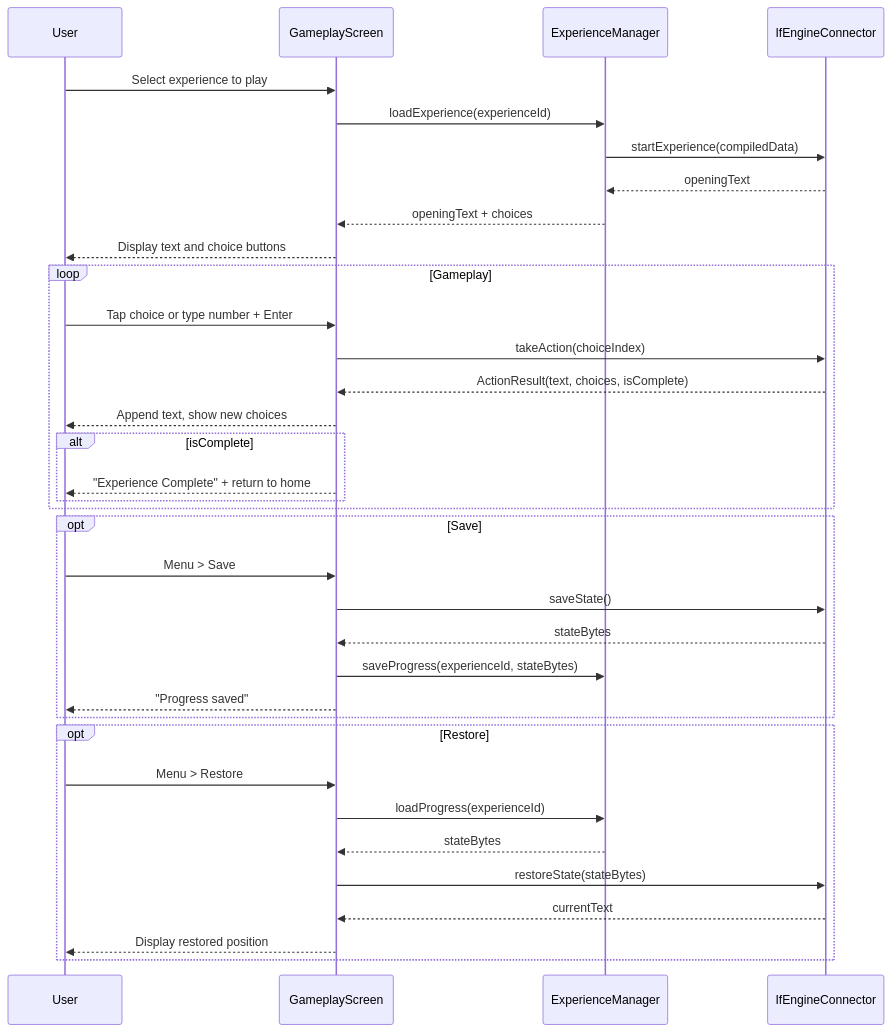
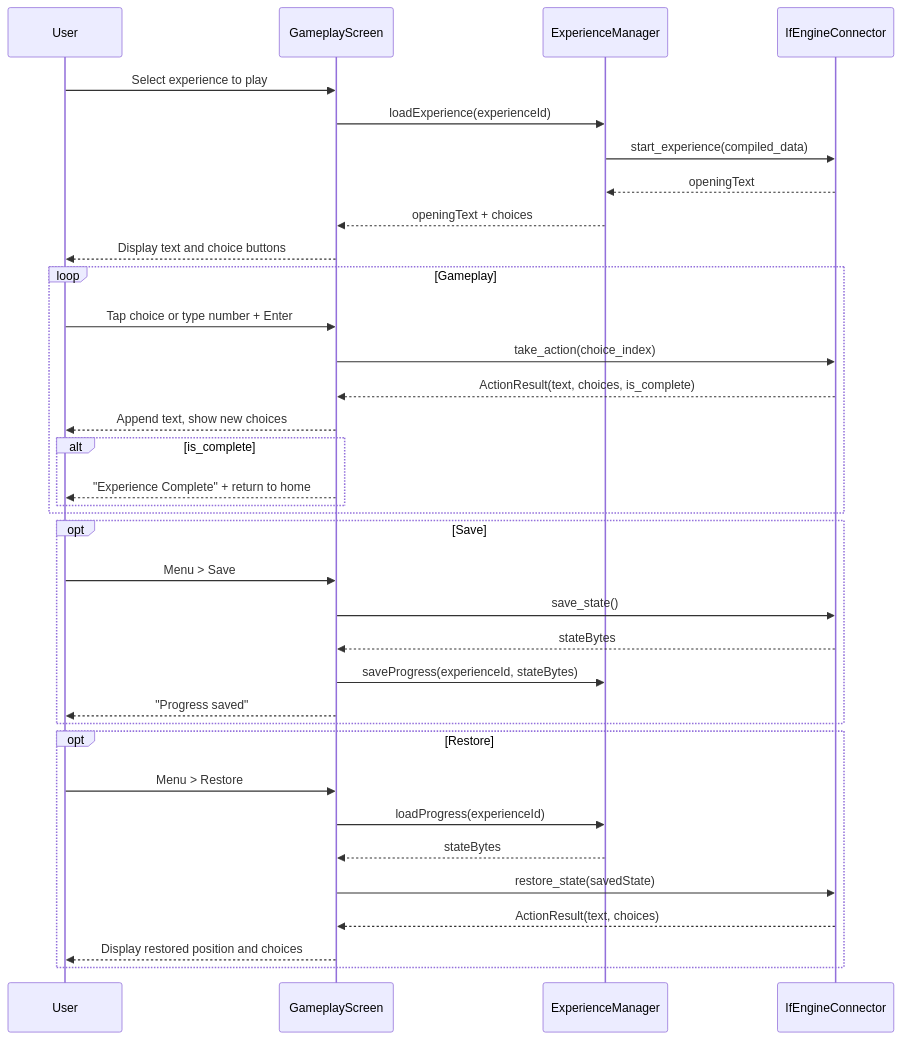
The first of 2 diagrams in docs/User Experience.md (peterbaileyct/zforge), drawn with Mermaid before and after one commit. The commit also changed other lines of this file and 234 other files, not shown here.

Commit message:
Switched to python/flet. Moved LLM orchestration from custom to LangGraph. Implemented hybrid vector/graph RAG with LanceDb and Kuzu.

````diff
--- a/docs/User Experience.md
+++ b/docs/User Experience.md
@@ -75,42 +77,42 @@
 ```mermaid
 sequenceDiagram
     participant U as User
     participant UI as GameplayScreen
     participant EM as ExperienceManager
     participant IFC as IfEngineConnector
 
     U->>UI: Select experience to play
     UI->>EM: loadExperience(experienceId)
-    EM->>IFC: startExperience(compiledData)
+    EM->>IFC: start_experience(compiled_data)
     IFC-->>EM: openingText
     EM-->>UI: openingText + choices
     UI-->>U: Display text and choice buttons
 
     loop Gameplay
         U->>UI: Tap choice or type number + Enter
-        UI->>IFC: takeAction(choiceIndex)
-        IFC-->>UI: ActionResult(text, choices, isComplete)
+        UI->>IFC: take_action(choice_index)
+        IFC-->>UI: ActionResult(text, choices, is_complete)
         UI-->>U: Append text, show new choices
         
-        alt isComplete
+        alt is_complete
             UI-->>U: "Experience Complete" + return to home
         end
     end
 
     opt Save
         U->>UI: Menu > Save
-        UI->>IFC: saveState()
+        UI->>IFC: save_state()
         IFC-->>UI: stateBytes
         UI->>EM: saveProgress(experienceId, stateBytes)
         UI-->>U: "Progress saved"
     end
 
     opt Restore
         U->>UI: Menu > Restore
         UI->>EM: loadProgress(experienceId)
         EM-->>UI: stateBytes
-        UI->>IFC: restoreState(stateBytes)
-        IFC-->>UI: currentText
-        UI-->>U: Display restored position
+        UI->>IFC: restore_state(savedState)
+        IFC-->>UI: ActionResult(text, choices)
+        UI-->>U: Display restored position and choices
     end
 ```
````
